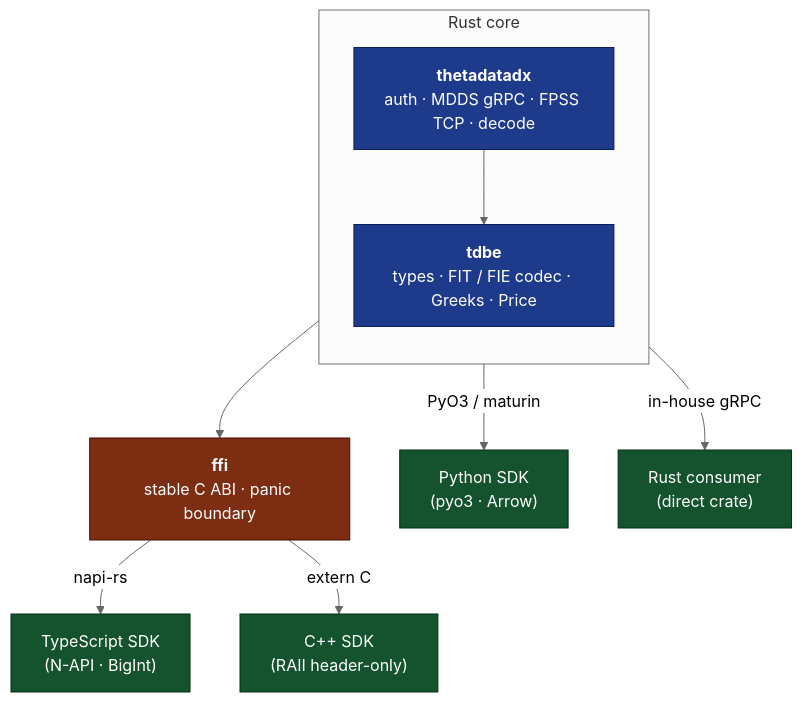
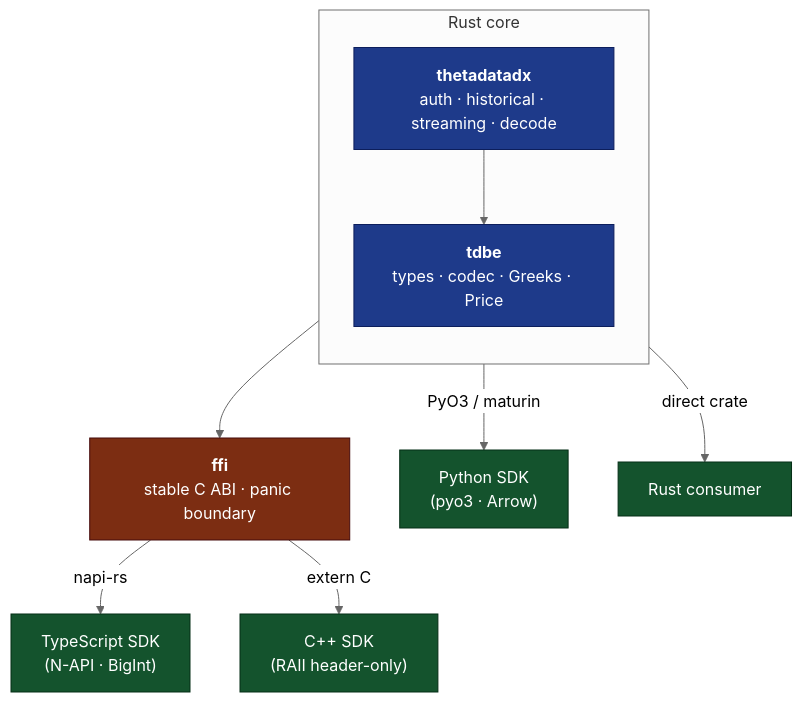
Before and after one commit to userFRM/ThetaDataDx: the diagram in README.md, drawn with Mermaid (neutral theme). The commit also changed other lines of this file, not shown here.

````diff
--- a/README.md
+++ b/README.md
@@ -214,24 +271,24 @@
 ```mermaid
 flowchart TB
     subgraph core["Rust core"]
         direction TB
-        thetadatadx["<b>thetadatadx</b><br/>auth · MDDS gRPC · FPSS TCP · decode"]
-        tdbe["<b>tdbe</b><br/>types · FIT / FIE codec · Greeks · Price"]
+        thetadatadx["<b>thetadatadx</b><br/>auth · historical · streaming · decode"]
+        tdbe["<b>tdbe</b><br/>types · codec · Greeks · Price"]
         thetadatadx --> tdbe
     end
 
     ffi["<b>ffi</b><br/>stable C ABI · panic boundary"]
     core --> ffi
 
     core -->|PyO3 / maturin| python["Python SDK<br/>(pyo3 · Arrow)"]
     ffi -->|napi-rs| ts["TypeScript SDK<br/>(N-API · BigInt)"]
     ffi -->|extern C| cpp["C++ SDK<br/>(RAII header-only)"]
-    core -->|in-house gRPC| rust["Rust consumer<br/>(direct crate)"]
+    core -->|direct crate| rust["Rust consumer"]
 
     classDef coreStyle fill:#1e3a8a,stroke:#0c1e5c,color:#fff
     classDef ffiStyle fill:#7c2d12,stroke:#450a0a,color:#fff
     classDef sdkStyle fill:#14532d,stroke:#052e16,color:#fff
     class thetadatadx,tdbe coreStyle
     class ffi ffiStyle
     class python,ts,cpp,rust sdkStyle
 ```
````
